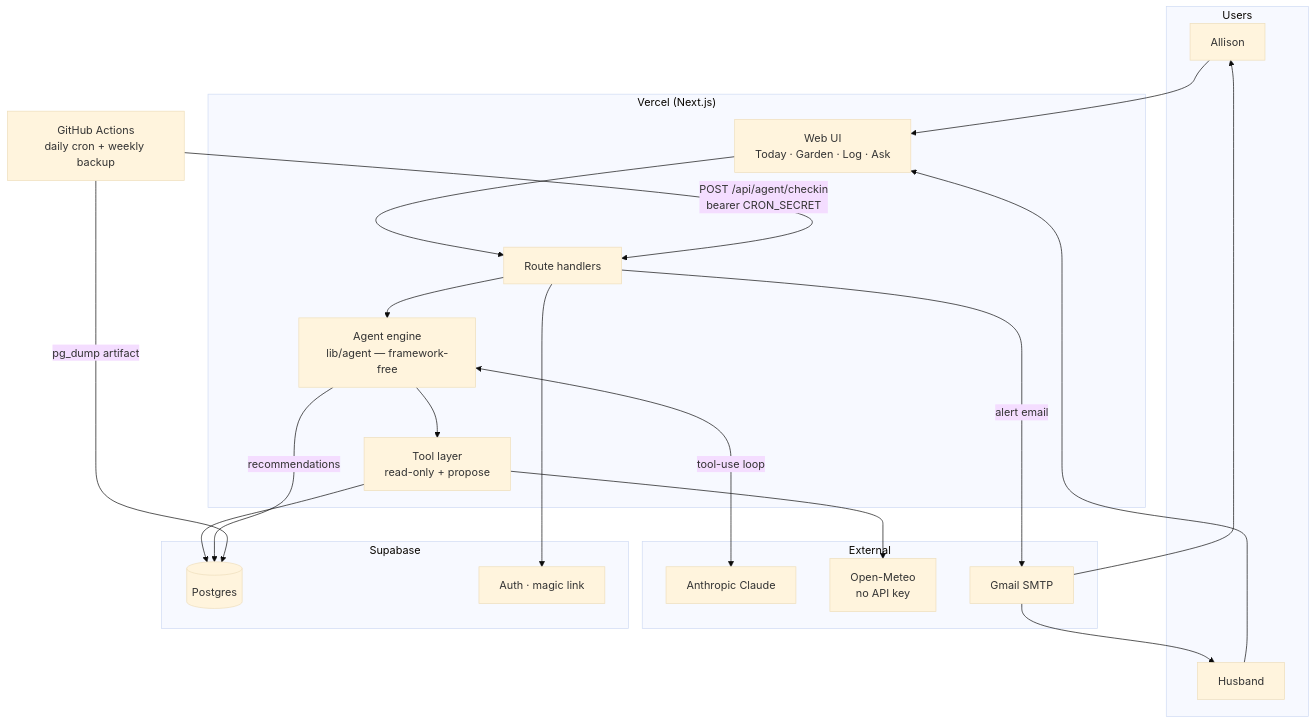
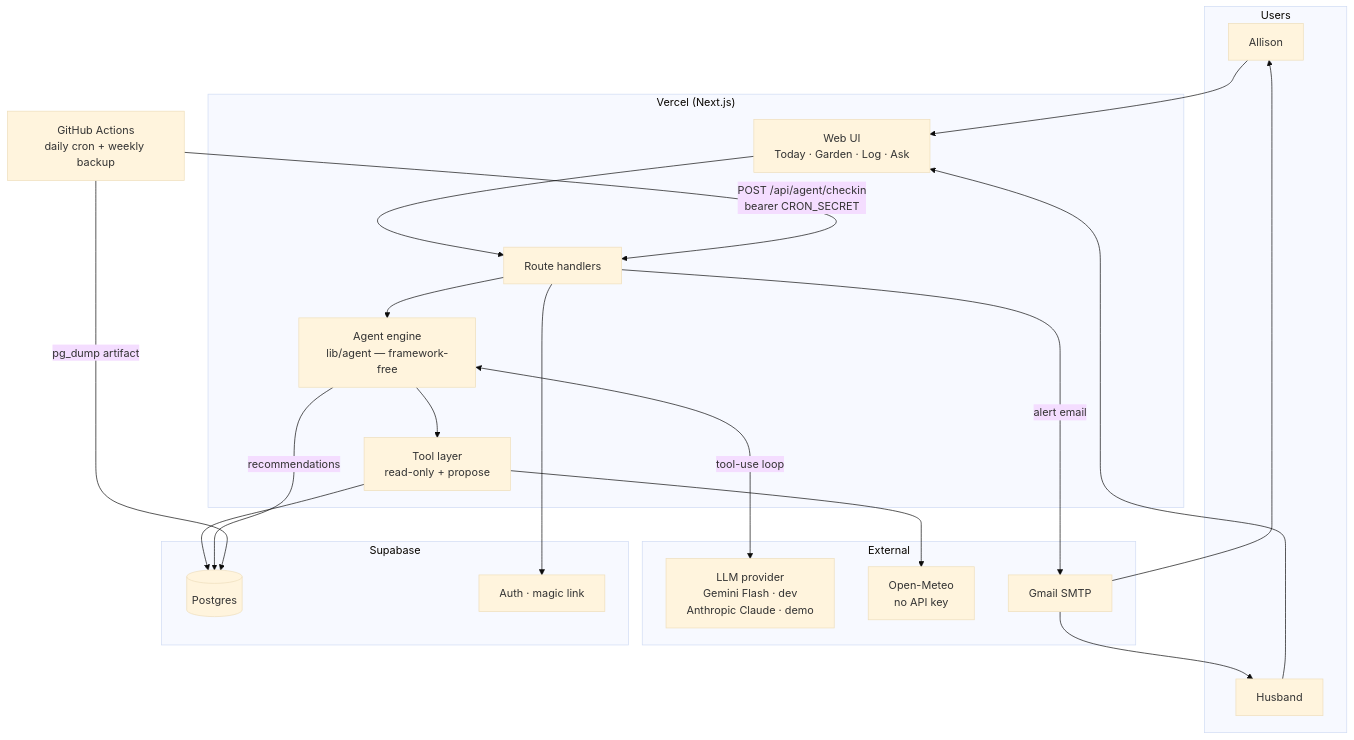
One commit to allisonwalker/GreenThumb changed the diagram in docs/architecture.md. Above: the diagram before and after it, drawn with Mermaid (base theme). The commit also changed other lines of this file, not shown here.

Commit message:
Edit architecture doc

````diff
--- a/docs/architecture.md
+++ b/docs/architecture.md
@@ -34,41 +45,41 @@
 ```mermaid
 flowchart TB
     subgraph Users
         A[Allison]
         H[Husband]
     end
 
     subgraph Vercel["Vercel (Next.js)"]
         UI[Web UI<br/>Today · Garden · Log · Ask]
         API[Route handlers]
         AGENT[Agent engine<br/>lib/agent — framework-free]
         TOOLS[Tool layer<br/>read-only + propose]
     end
 
     subgraph External
-        LLM[Anthropic Claude]
+        LLM[LLM provider<br/>Gemini Flash · dev<br/>Anthropic Claude · demo]
         WX[Open-Meteo<br/>no API key]
         SMTP[Gmail SMTP]
     end
 
     subgraph Supabase
         DB[(Postgres)]
         AUTH[Auth · magic link]
     end
 
     GHA[GitHub Actions<br/>daily cron + weekly backup]
 
     A & H --> UI
     UI --> API
     API --> AUTH
     API --> AGENT
     GHA -->|POST /api/agent/checkin<br/>bearer CRON_SECRET| API
     AGENT --> TOOLS
     AGENT <-->|tool-use loop| LLM
     TOOLS --> DB
     TOOLS --> WX
     AGENT -->|recommendations| DB
     API -->|alert email| SMTP
     SMTP --> A & H
     GHA -->|pg_dump artifact| DB
 ```
````
